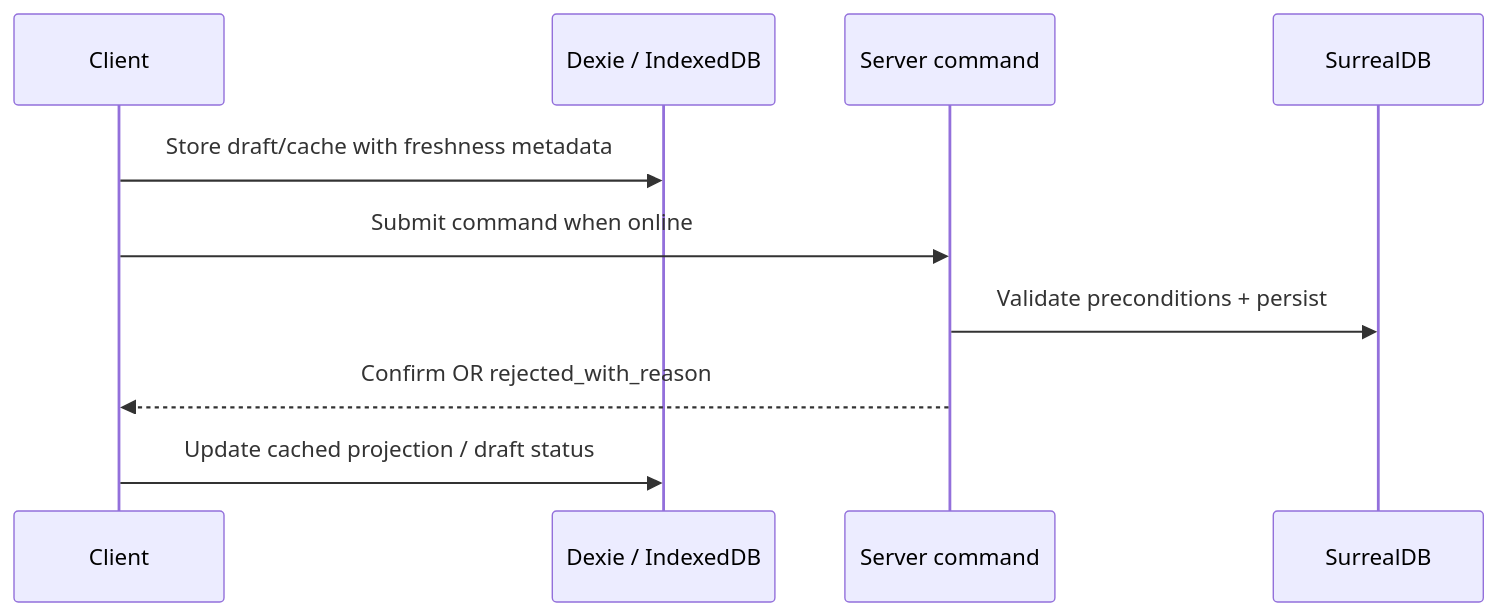
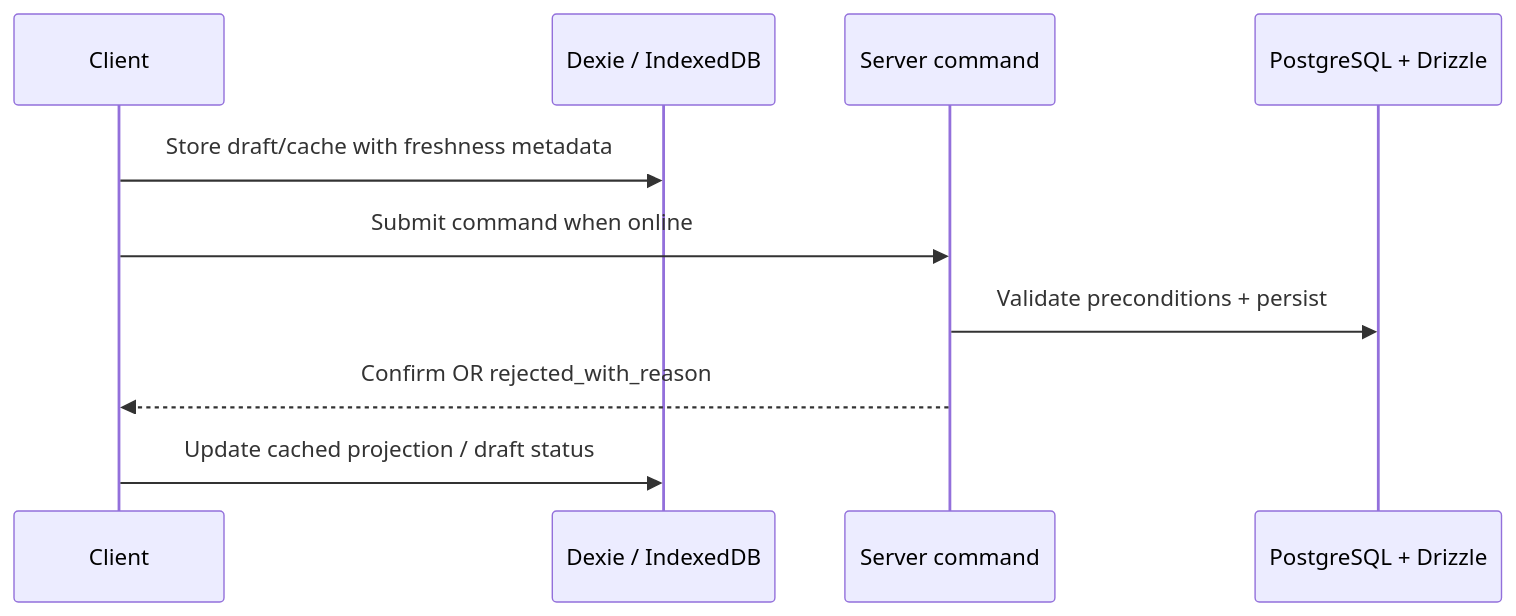
The third of 3 diagrams in docs/10-Architecture/06-Runtime.md (EtroxTaran/klubhaus-elf), drawn with Mermaid before and after one commit. The commit also changed other lines of this file and 120 other files, not shown here.

````diff
--- a/docs/10-Architecture/06-Runtime.md
+++ b/docs/10-Architecture/06-Runtime.md
@@ -92,12 +93,12 @@
 ```mermaid
 sequenceDiagram
     participant C as Client
     participant IDB as Dexie / IndexedDB
     participant S as Server command
-    participant DB as SurrealDB
+    participant DB as PostgreSQL + Drizzle
     C->>IDB: Store draft/cache with freshness metadata
     C->>S: Submit command when online
     S->>DB: Validate preconditions + persist
     S-->>C: Confirm OR rejected_with_reason
     C->>IDB: Update cached projection / draft status
 ```
````
